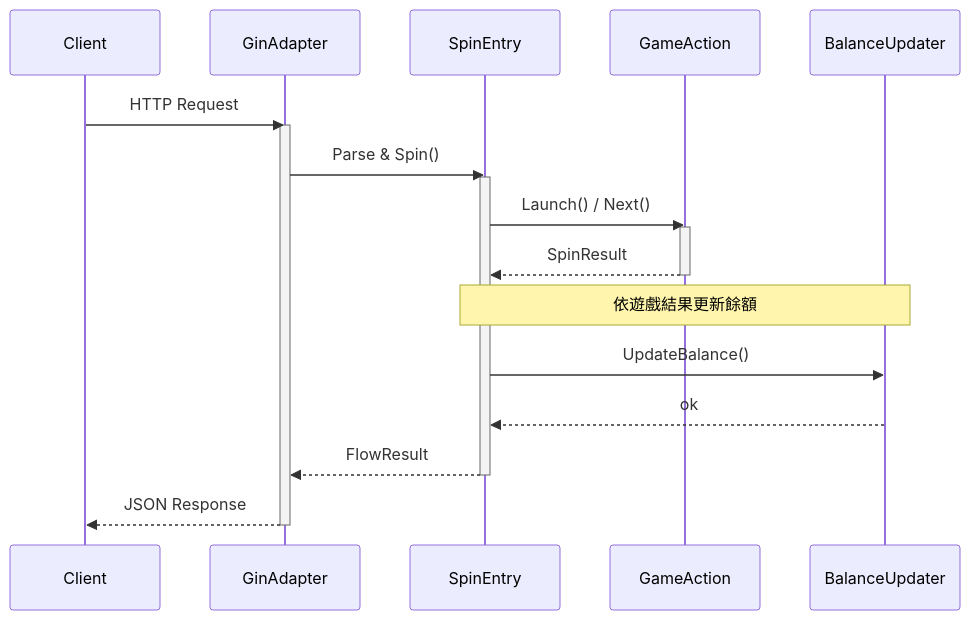
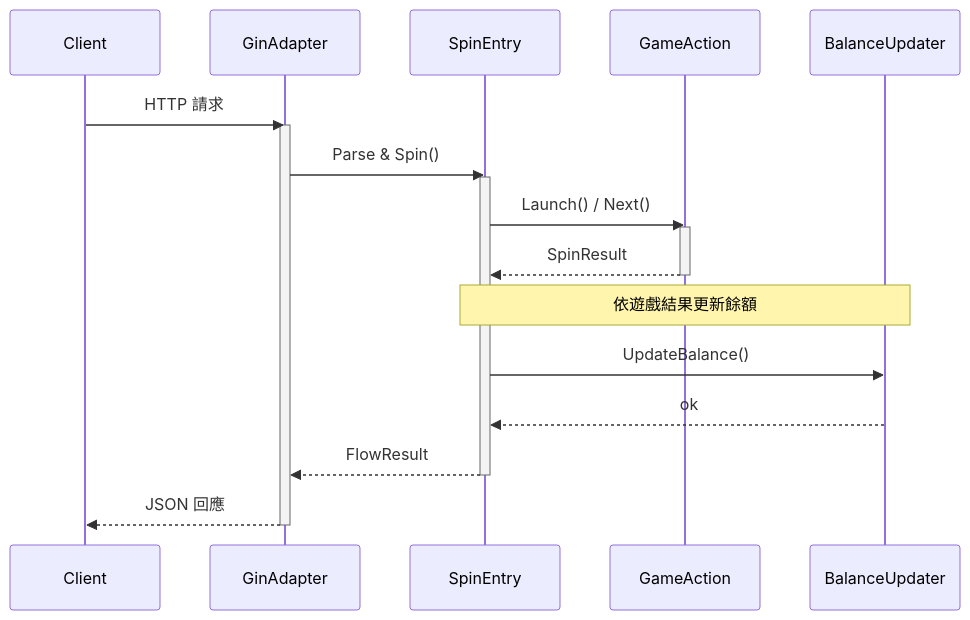
The fifth of 8 diagrams in skills/write-md/references/mermaid-guide_zhTW.md (Aery9527/misty-marketplace), drawn with Mermaid before and after one commit. The commit also changed other lines of this file and 2 other files, not shown here.

Commit message:
docs(write-md): 修正 Mermaid 語法與跨圖型樣式指引

````diff
--- a/skills/write-md/references/mermaid-guide_zhTW.md
+++ b/skills/write-md/references/mermaid-guide_zhTW.md
@@ -125,24 +136,24 @@
 ```mermaid
 sequenceDiagram
     participant Client
     participant GinAdapter
     participant SpinEntry
     participant GameAction
     participant BalanceUpdater
 
-    Client->>GinAdapter: HTTP Request
+    Client->>GinAdapter: HTTP 請求
     activate GinAdapter
     GinAdapter->>SpinEntry: Parse & Spin()
     activate SpinEntry
     SpinEntry->>GameAction: Launch() / Next()
     activate GameAction
     GameAction-->>SpinEntry: SpinResult
     deactivate GameAction
     Note over SpinEntry,BalanceUpdater: 依遊戲結果更新餘額
     SpinEntry->>BalanceUpdater: UpdateBalance()
     BalanceUpdater-->>SpinEntry: ok
     SpinEntry-->>GinAdapter: FlowResult
     deactivate SpinEntry
-    GinAdapter-->>Client: JSON Response
+    GinAdapter-->>Client: JSON 回應
     deactivate GinAdapter
 ```
````
